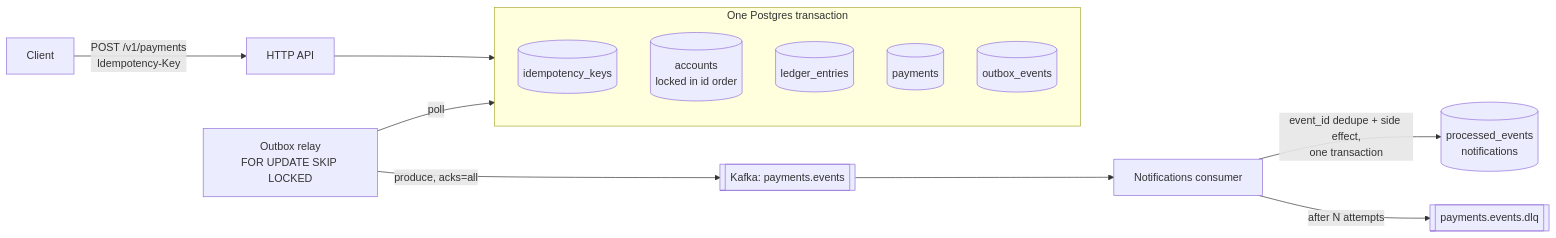
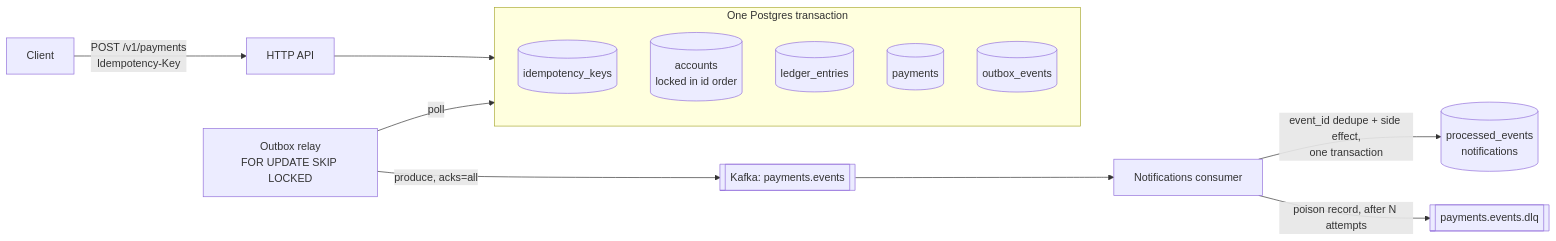
One commit to xeeshan16/payment-simulator changed the first of 2 diagrams in README.md. Above: the diagram before and after it, drawn with Mermaid. The commit also changed other lines of this file and 2 other files, not shown here.

First line of the commit message:
Document partition pausing in the README, ROADMAP and ADR 5

````diff
--- a/README.md
+++ b/README.md
@@ -30,18 +31,18 @@
 ```mermaid
 flowchart LR
     C[Client] -->|POST /v1/payments<br/>Idempotency-Key| API[HTTP API]
     subgraph TX[One Postgres transaction]
       direction TB
       K[(idempotency_keys)]
       A[(accounts<br/>locked in id order)]
       L[(ledger_entries)]
       P[(payments)]
       O[(outbox_events)]
     end
     API --> TX
     R[Outbox relay<br/>FOR UPDATE SKIP LOCKED] -->|poll| O
     R -->|produce, acks=all| T[[Kafka: payments.events]]
     T --> N[Notifications consumer]
     N -->|event_id dedupe + side effect,<br/>one transaction| DB[(processed_events<br/>notifications)]
-    N -->|after N attempts| D[[payments.events.dlq]]
+    N -->|poison record, after N attempts| D[[payments.events.dlq]]
 ```
````
